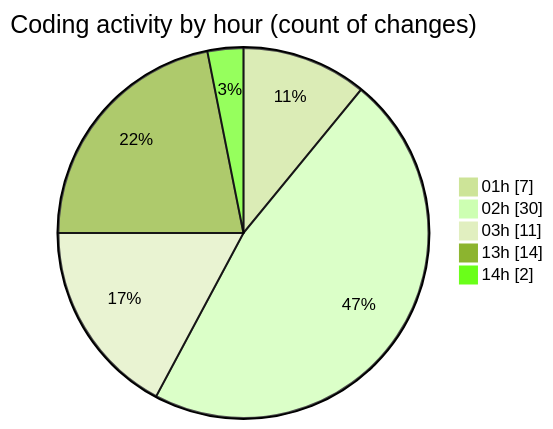
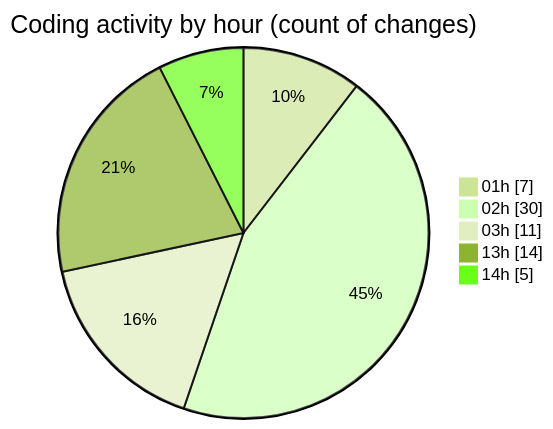
One commit to Ritupan-Deka/code-tracking changed the second of 2 diagrams in 2025-01-24/projects/README.md. Above: the diagram before and after it, drawn with Mermaid (forest theme). The commit also changed other lines of this file and 1 other file, not shown here.

````diff
--- a/2025-01-24/projects/README.md
+++ b/2025-01-24/projects/README.md
@@ -39,9 +39,9 @@
 ```mermaid
 pie showData
 title Coding activity by hour (count of changes)
 "01h" : 7
 "02h" : 30
 "03h" : 11
 "13h" : 14
-"14h" : 2
+"14h" : 5
 ```
````
